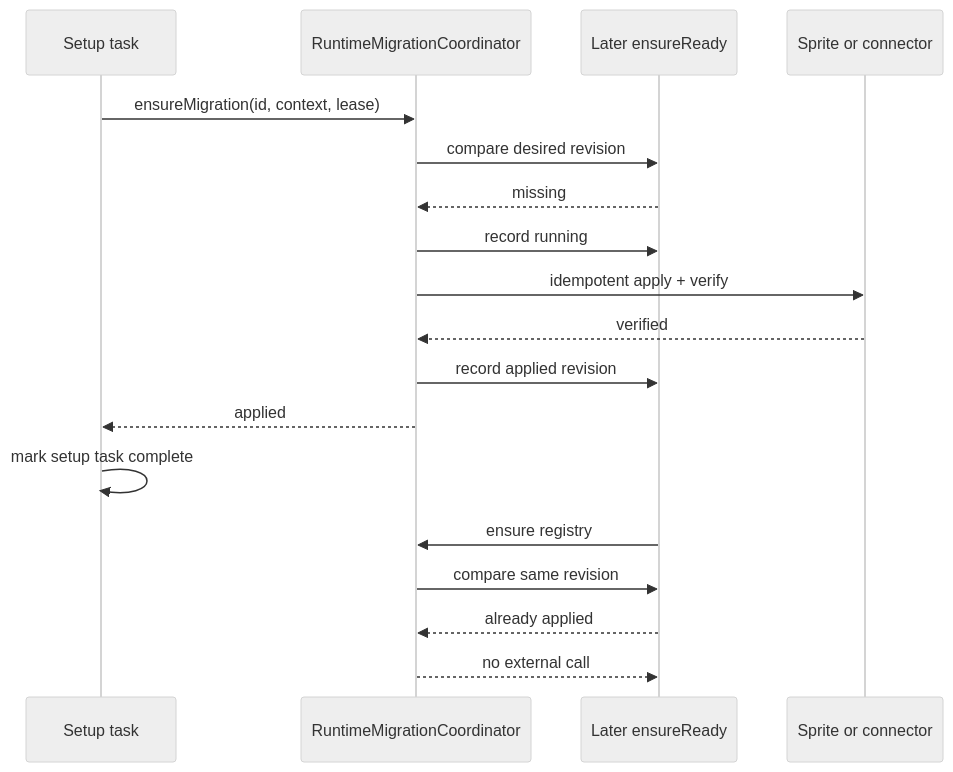
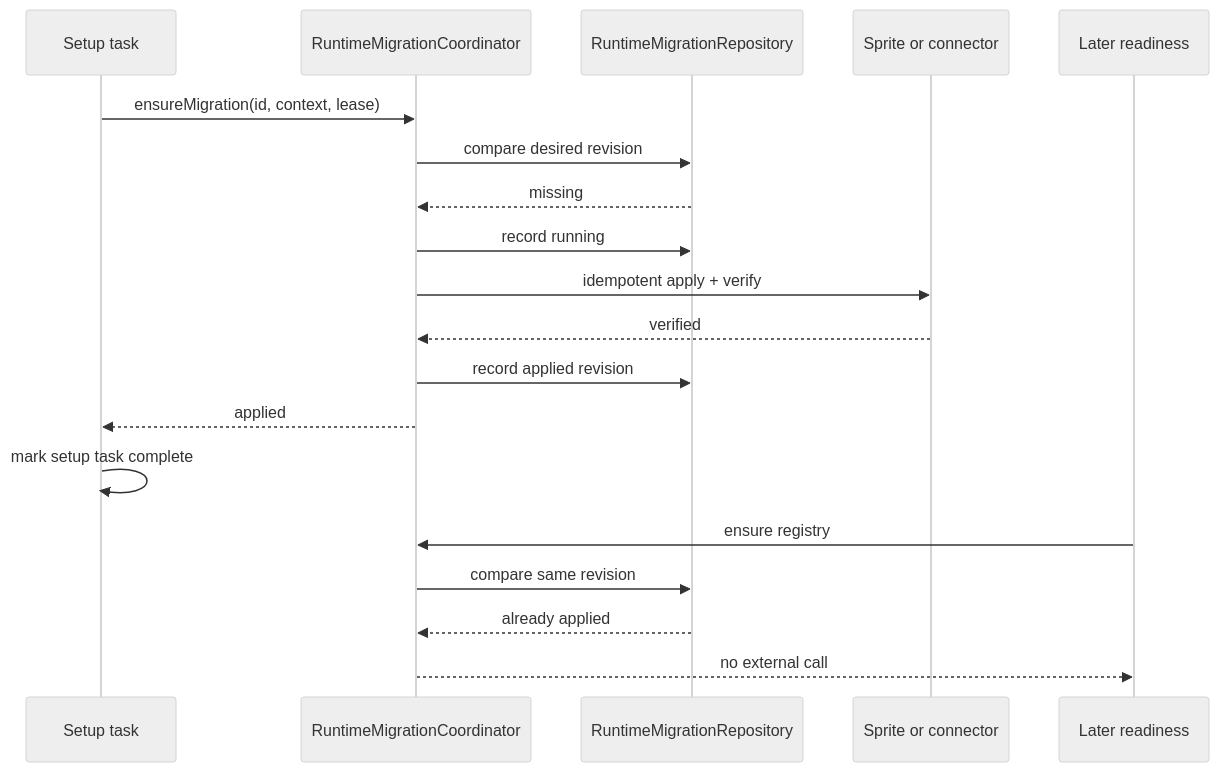
The sixth of 7 diagrams in openspec/changes/add-session-migrations/design.md (benedelstein/My-Machines), drawn with Mermaid (neutral theme) before and after one commit. The commit also changed other lines of this file and 20 other files, not shown here.

````diff
--- a/openspec/changes/add-session-migrations/design.md
+++ b/openspec/changes/add-session-migrations/design.md
@@ -1719,22 +1724,22 @@
 ```mermaid
 sequenceDiagram
     participant S as Setup task
     participant C as RuntimeMigrationCoordinator
     participant R as RuntimeMigrationRepository
     participant X as Sprite or connector
-    participant R as Later ensureReady
+    participant Q as Later readiness
 
     S->>C: ensureMigration(id, context, lease)
     C->>R: compare desired revision
     R-->>C: missing
     C->>R: record running
     C->>X: idempotent apply + verify
     X-->>C: verified
     C->>R: record applied revision
     C-->>S: applied
     S->>S: mark setup task complete
-    R->>C: ensure registry
+    Q->>C: ensure registry
     C->>R: compare same revision
     R-->>C: already applied
-    C-->>R: no external call
+    C-->>Q: no external call
 ```
````
